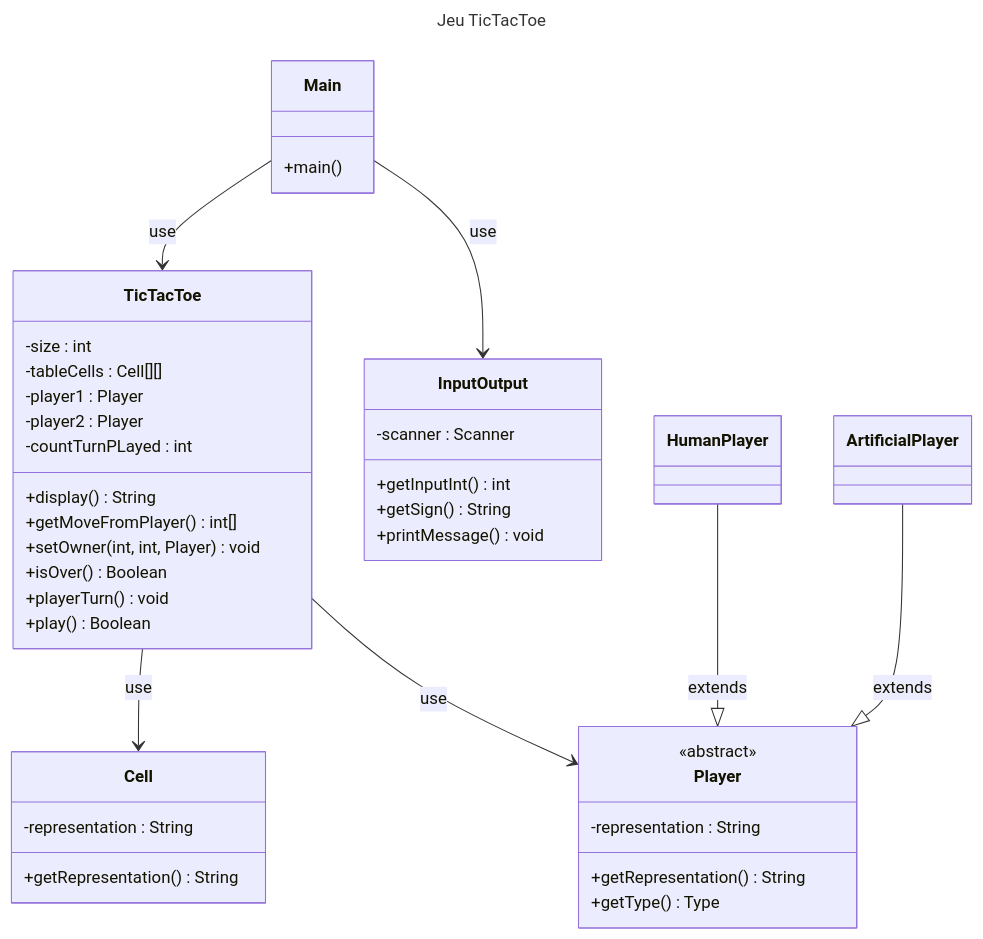
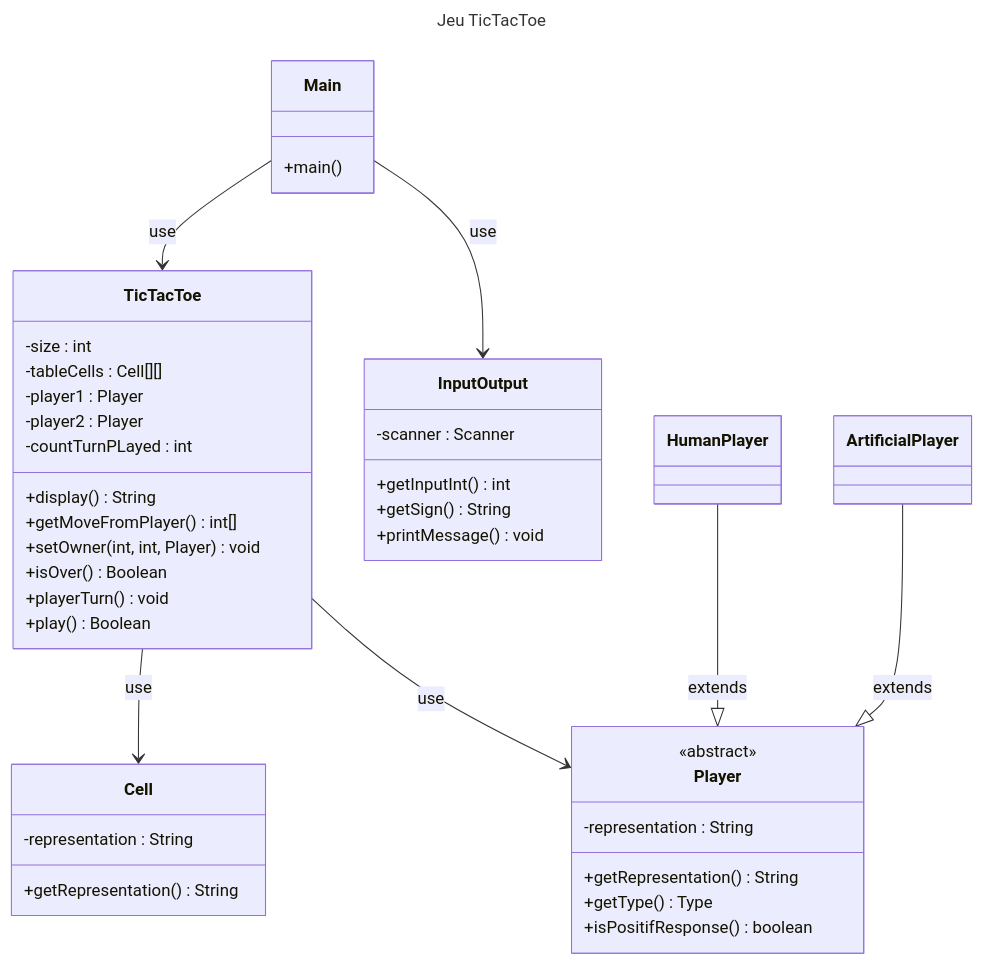
Before and after one commit to GeraudClmt/Square-Game: the diagram in readme.md, drawn with Mermaid. The commit also changed other lines of this file, not shown here.

Commit message:
Ajout de la methode isPositifResponse dans le Mermaid

````diff
--- a/readme.md
+++ b/readme.md
@@ -26,51 +26,52 @@
 ```mermaid
 ---
 title: Jeu TicTacToe
 ---
 classDiagram
 		TicTacToe --> Cell : use
 		TicTacToe --> Player : use
 		Main --> TicTacToe : use
 		Main --> InputOutput : use
 		HumanPlayer --|> Player : extends
         ArtificialPlayer --|> Player : extends
 		class Main{
 				+main()
 		}
     class Cell{
 		    -representation : String
         +getRepresentation()String
     }
     class TicTacToe{
 		    -size : int
 		    -tableCells : Cell[][]
 		    -player1 : Player
 		    -player2 : Player
 		    -countTurnPLayed : int
         +display() String
         +getMoveFromPlayer() int[]
         +setOwner(int, int, Player) void
         +isOver() Boolean
         +playerTurn() void
         +play() Boolean
     }
     class  Player{
             <<abstract>>
 		    -representation : String
 		    +getRepresentation() String
 		    +getType() Type
+		    +isPositifResponse() boolean
     }
     class InputOutput{
 		    -scanner : Scanner
 		    +getInputInt() int
 		    +getSign() String
 		    +printMessage() void
 
     }
     class HumanPlayer{
         
     }
     class ArtificialPlayer{
         
     }
 ```
````
